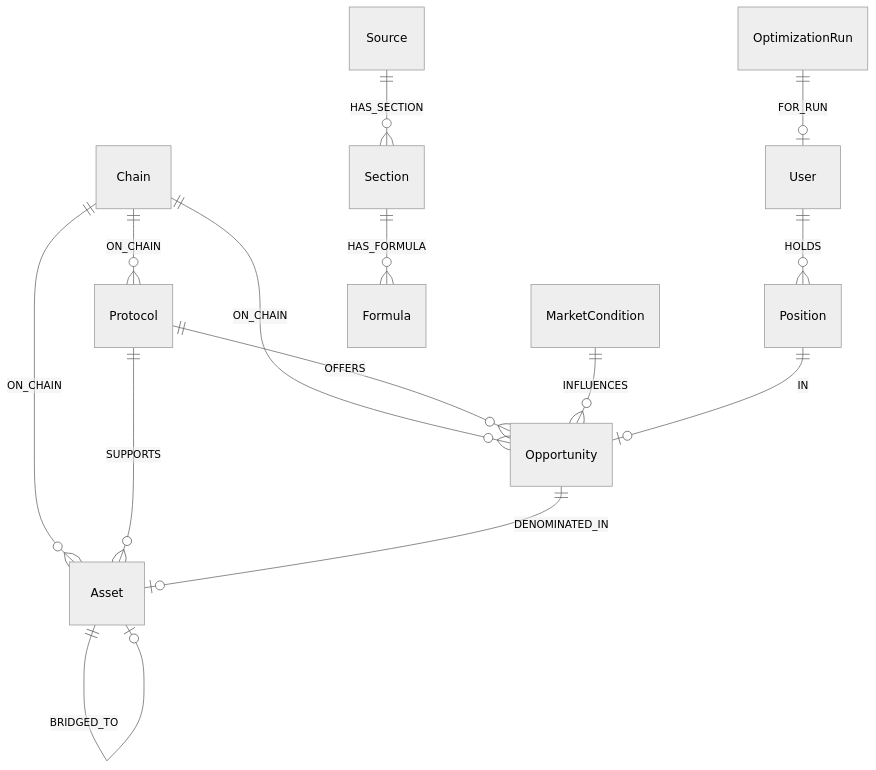
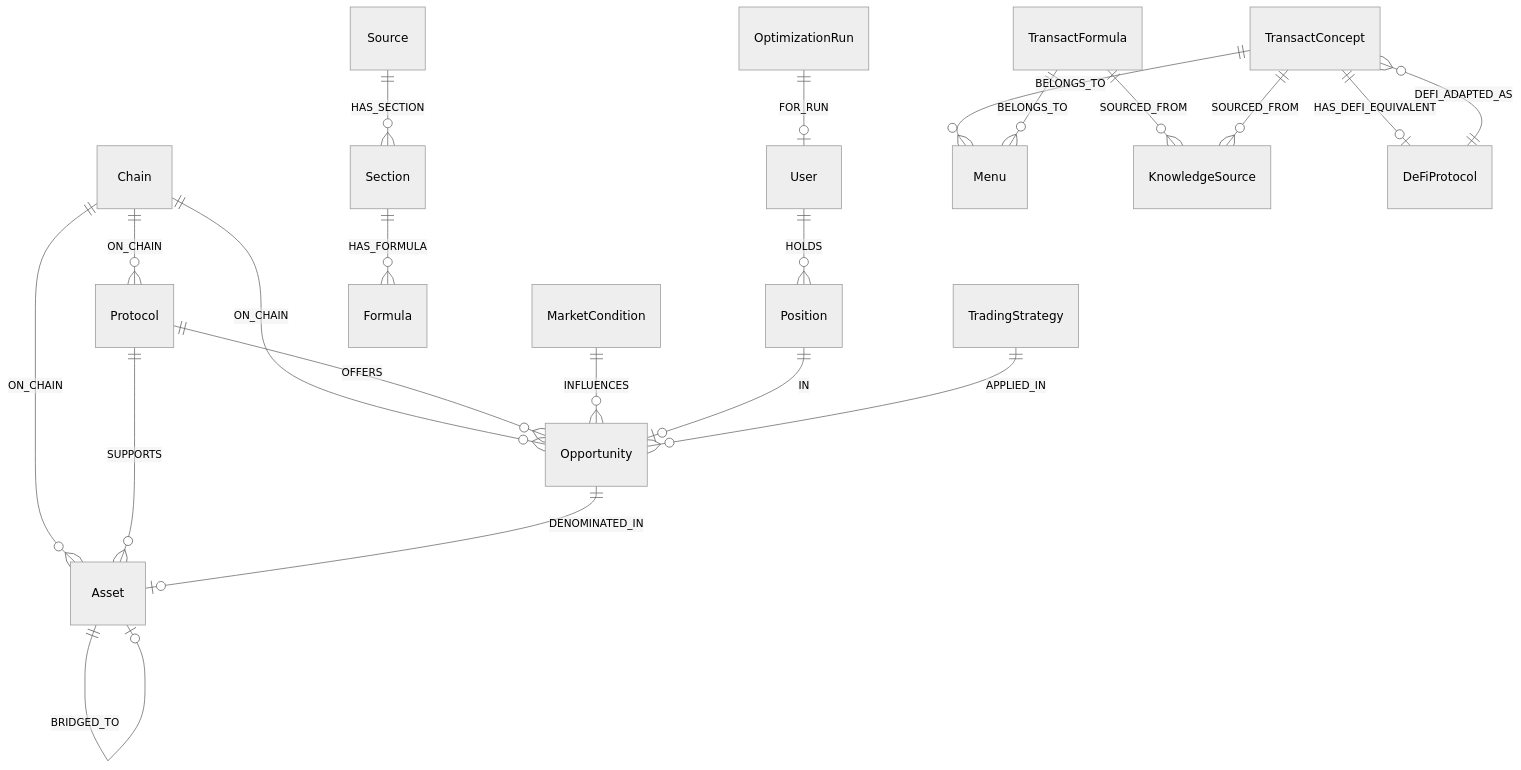
One commit to Godwin-88/probable-octo-chainsaw changed the first of 5 diagrams in docs/DECISION_FLOW.md. Above: the diagram before and after it, drawn with Mermaid (neutral theme). The commit also changed other lines of this file and 3208 other files, not shown here.

````diff
--- a/docs/DECISION_FLOW.md
+++ b/docs/DECISION_FLOW.md
@@ -13,16 +16,23 @@
 ```mermaid
 erDiagram
   Chain ||--o{ Protocol : ON_CHAIN
   Chain ||--o{ Asset : ON_CHAIN
   Chain ||--o{ Opportunity : ON_CHAIN
   Protocol ||--o{ Asset : SUPPORTS
   Protocol ||--o{ Opportunity : OFFERS
   Opportunity ||--o| Asset : DENOMINATED_IN
   Asset ||--o| Asset : BRIDGED_TO
   MarketCondition ||--o{ Opportunity : INFLUENCES
   User ||--o{ Position : HOLDS
   Position ||--o| Opportunity : IN
   OptimizationRun ||--o| User : FOR_RUN
   Source ||--o{ Section : HAS_SECTION
   Section ||--o{ Formula : HAS_FORMULA
+  TransactConcept ||--o{ Menu : BELONGS_TO
+  TransactFormula ||--o{ Menu : BELONGS_TO
+  TransactFormula ||--o{ KnowledgeSource : SOURCED_FROM
+  TransactConcept ||--o{ KnowledgeSource : SOURCED_FROM
+  TransactConcept ||--o| DeFiProtocol : HAS_DEFI_EQUIVALENT
+  DeFiProtocol ||--o{ TransactConcept : DEFI_ADAPTED_AS
+  TradingStrategy ||--o{ Opportunity : APPLIED_IN
 ```
````
